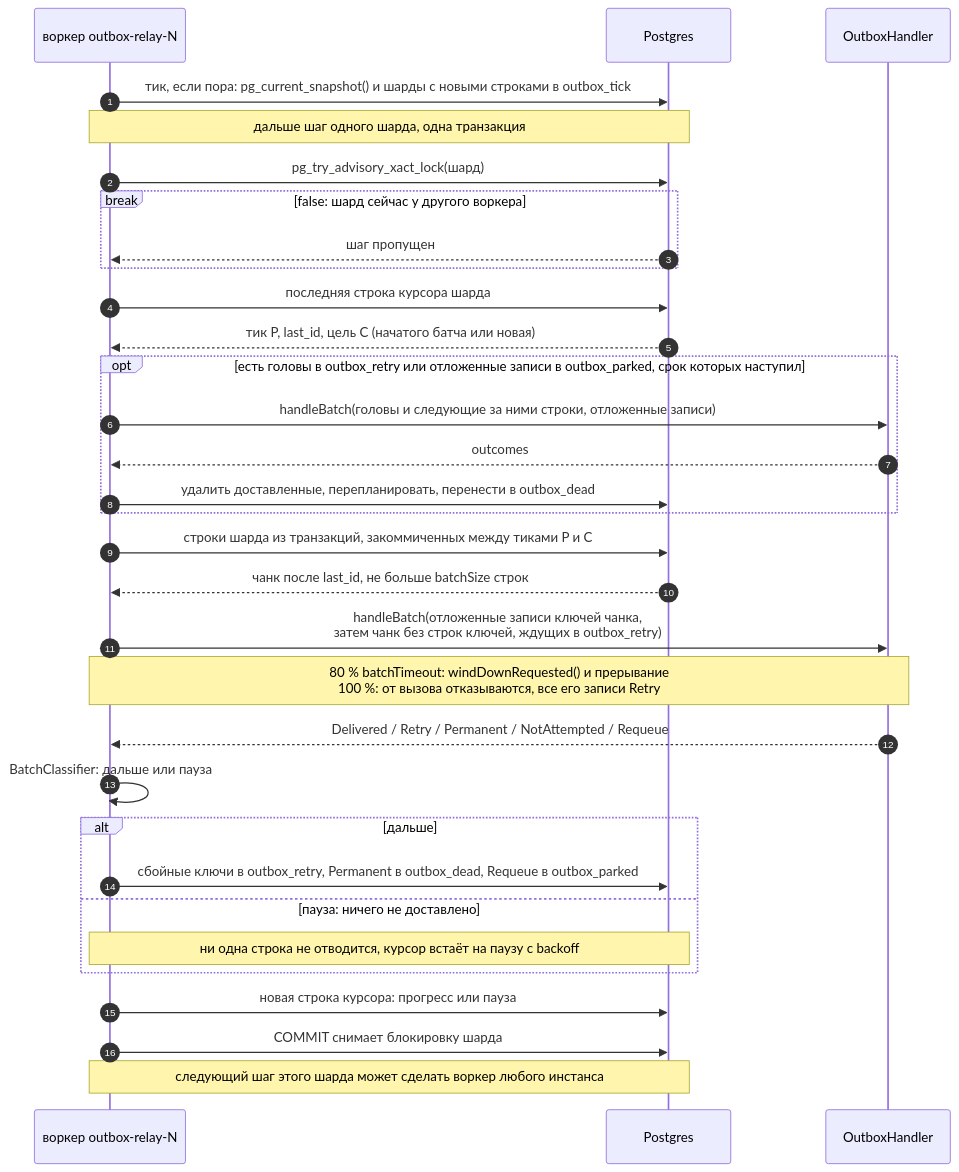
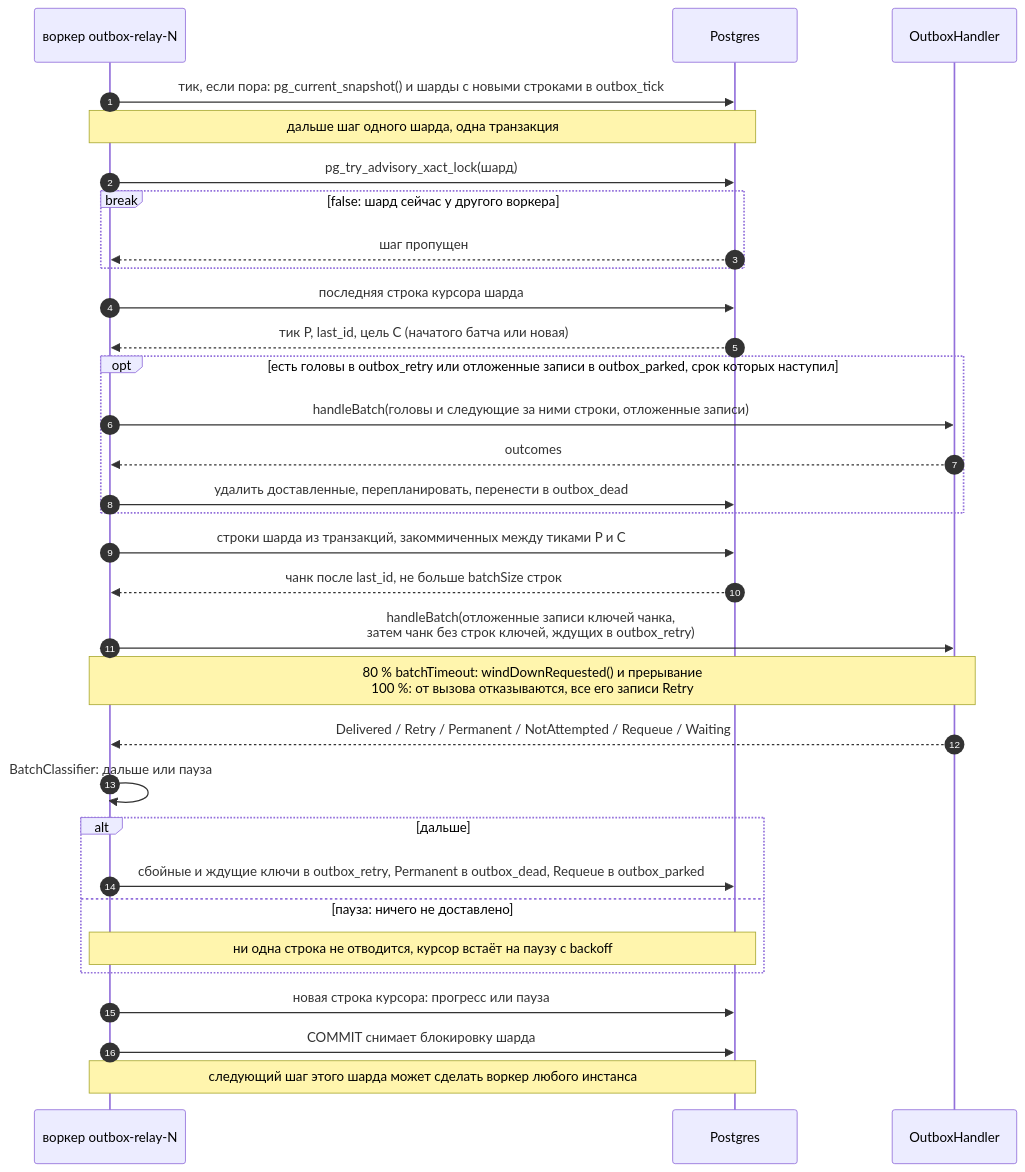
One commit to dsudomoin/kora-transactional-outbox changed the third of 5 diagrams in README.md. Above: the diagram before and after it, drawn with Mermaid. The commit also changed other lines of this file and 2 other files, not shown here.

First line of the commit message:
docs: waiting records, contract versions and the release protocol

````diff
--- a/README.md
+++ b/README.md
@@ -1274,34 +1364,34 @@
 ```mermaid
 sequenceDiagram
     autonumber
     participant W as воркер outbox-relay-N
     participant DB as Postgres
     participant H as OutboxHandler
     W->>DB: тик, если пора: pg_current_snapshot() и шарды с новыми строками в outbox_tick
     Note over W,DB: дальше шаг одного шарда, одна транзакция
     W->>DB: pg_try_advisory_xact_lock(шард)
     break false: шард сейчас у другого воркера
         DB-->>W: шаг пропущен
     end
     W->>DB: последняя строка курсора шарда
     DB-->>W: тик P, last_id, цель C (начатого батча или новая)
     opt есть головы в outbox_retry или отложенные записи в outbox_parked, срок которых наступил
         W->>H: handleBatch(головы и следующие за ними строки, отложенные записи)
         H-->>W: outcomes
         W->>DB: удалить доставленные, перепланировать, перенести в outbox_dead
     end
     W->>DB: строки шарда из транзакций, закоммиченных между тиками P и C
     DB-->>W: чанк после last_id, не больше batchSize строк
     W->>H: handleBatch(отложенные записи ключей чанка,<br/>затем чанк без строк ключей, ждущих в outbox_retry)
     Note over W,H: 80 % batchTimeout: windDownRequested() и прерывание<br/>100 %: от вызова отказываются, все его записи Retry
-    H-->>W: Delivered / Retry / Permanent / NotAttempted / Requeue
+    H-->>W: Delivered / Retry / Permanent / NotAttempted / Requeue / Waiting
     W->>W: BatchClassifier: дальше или пауза
     alt дальше
-        W->>DB: сбойные ключи в outbox_retry, Permanent в outbox_dead, Requeue в outbox_parked
+        W->>DB: сбойные и ждущие ключи в outbox_retry, Permanent в outbox_dead, Requeue в outbox_parked
     else пауза: ничего не доставлено
         Note over W,DB: ни одна строка не отводится, курсор встаёт на паузу с backoff
     end
     W->>DB: новая строка курсора: прогресс или пауза
     W->>DB: COMMIT снимает блокировку шарда
     Note over W,DB: следующий шаг этого шарда может сделать воркер любого инстанса
 ```
````
